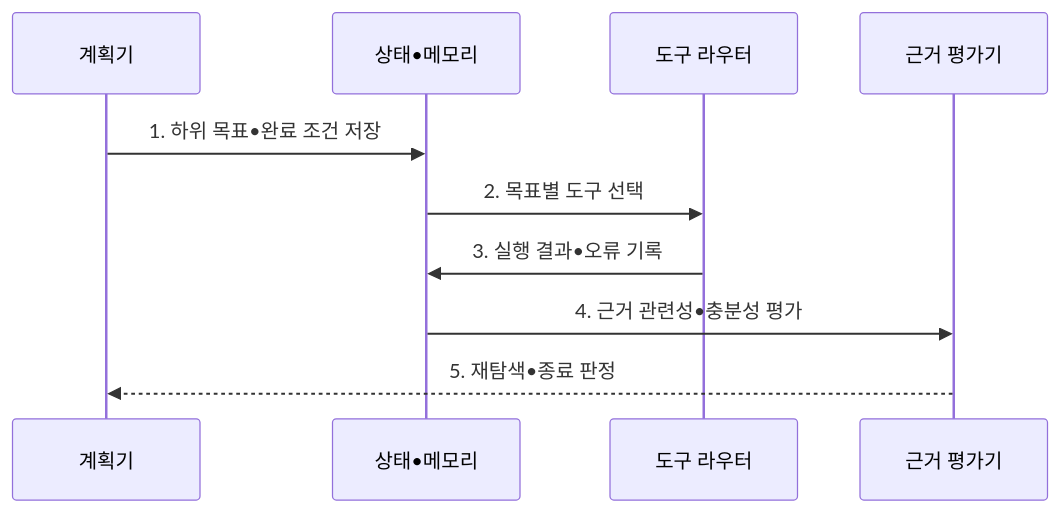
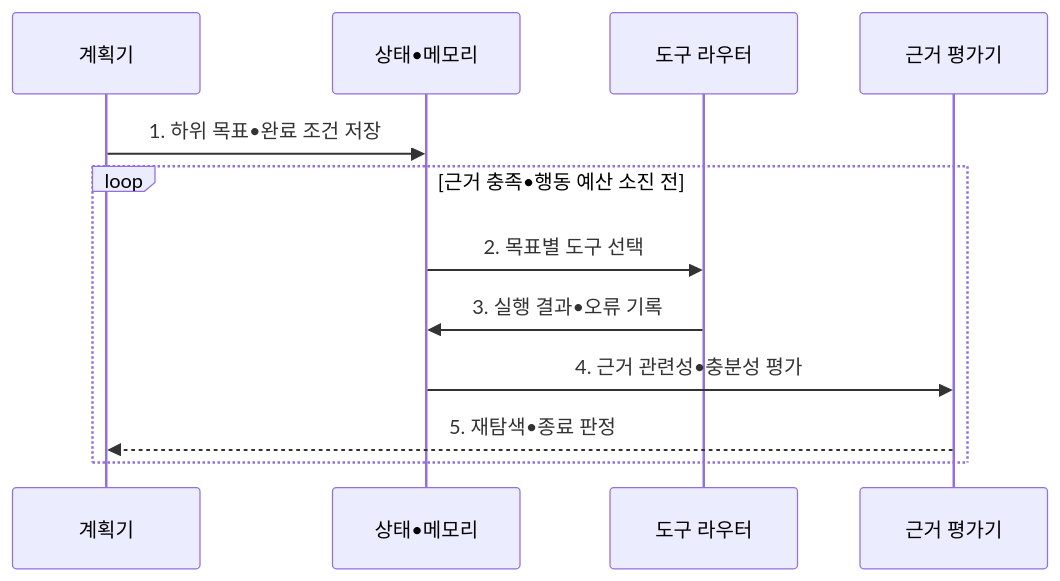
One commit to agnusdei1207/knowledge-base changed the second of 2 diagrams in src/content/docs/notes/08-latest-tech/071_agentic_rag.md. Above: the diagram before and after it, drawn with Mermaid. The commit also changed other lines of this file and 17 other files, not shown here.

````diff
--- a/src/content/docs/notes/08-latest-tech/071_agentic_rag.md
+++ b/src/content/docs/notes/08-latest-tech/071_agentic_rag.md
@@ -103,12 +103,14 @@
 ```mermaid
 sequenceDiagram
   participant P as 계획기
   participant M as 상태•메모리
   participant R as 도구 라우터
   participant E as 근거 평가기
   P->>M: 1. 하위 목표•완료 조건 저장
-  M->>R: 2. 목표별 도구 선택
-  R->>M: 3. 실행 결과•오류 기록
-  M->>E: 4. 근거 관련성•충분성 평가
-  E-->>P: 5. 재탐색•종료 판정
+  loop 근거 충족•행동 예산 소진 전
+    M->>R: 2. 목표별 도구 선택
+    R->>M: 3. 실행 결과•오류 기록
+    M->>E: 4. 근거 관련성•충분성 평가
+    E-->>P: 5. 재탐색•종료 판정
+  end
 ```
````
